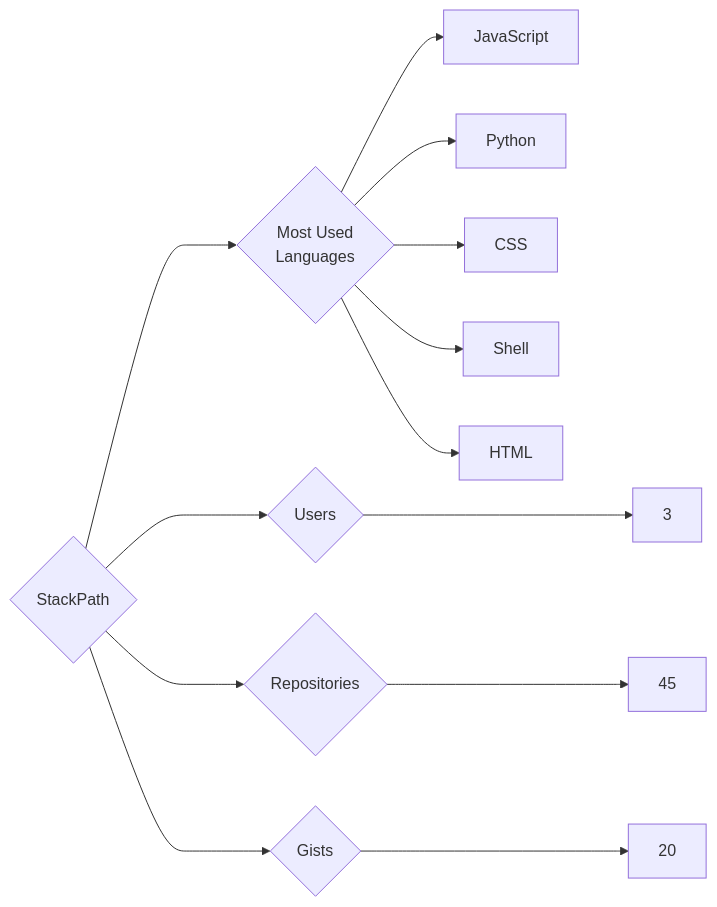
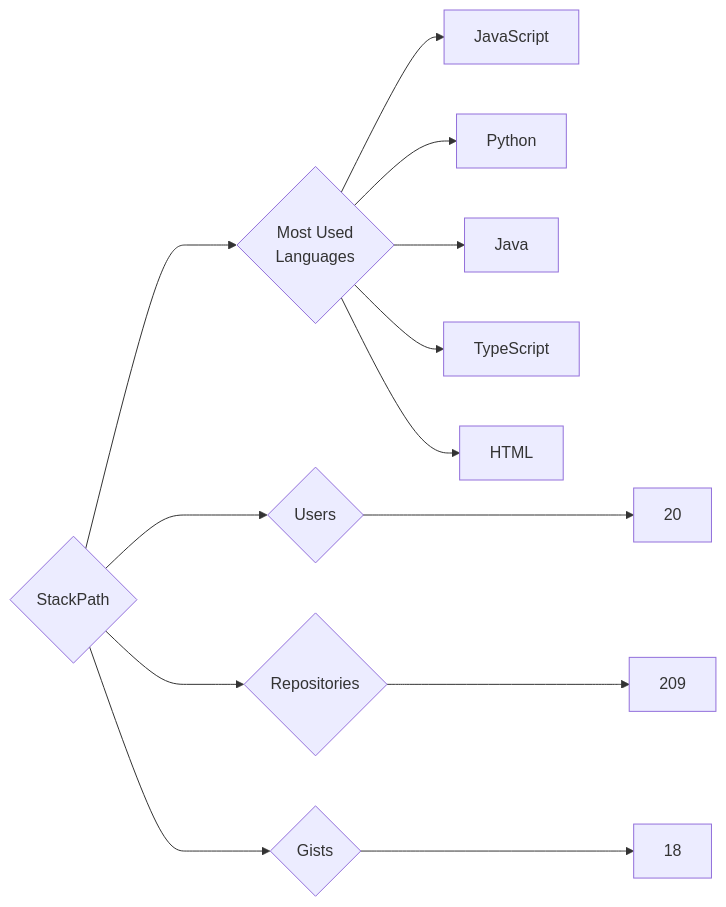
Before and after one commit to trickest/insiders: the diagram in targets/StackPath/README.md, drawn with Mermaid. The commit also changed 829 other files, not shown here.

````diff
--- a/targets/StackPath/README.md
+++ b/targets/StackPath/README.md
@@ -3,13 +3,13 @@
 ```mermaid
 graph LR
 COMPANY_NAME{StackPath}
-COMPANY_NAME ---> U{Users} ---> UN[3]
-COMPANY_NAME ---> R{Repositories} ---> RN[45]
-COMPANY_NAME ---> G{Gists} ---> GN[20]
+COMPANY_NAME ---> U{Users} ---> UN[20]
+COMPANY_NAME ---> R{Repositories} ---> RN[209]
+COMPANY_NAME ---> G{Gists} ---> GN[18]
 COMPANY_NAME ---> ML{Most Used<br>Languages}
 ML --> JavaScript[JavaScript]
 ML --> Python[Python]
-ML --> CSS[CSS]
-ML --> Shell[Shell]
+ML --> Java[Java]
+ML --> TypeScript[TypeScript]
 ML --> HTML[HTML]
 ```
````
